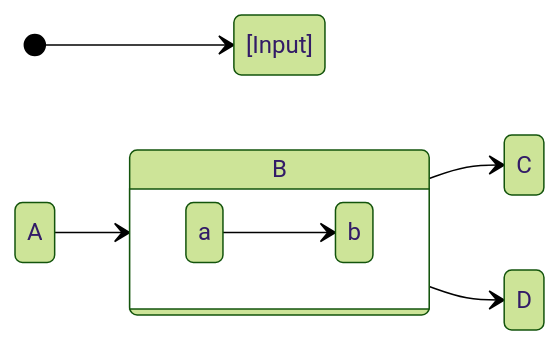
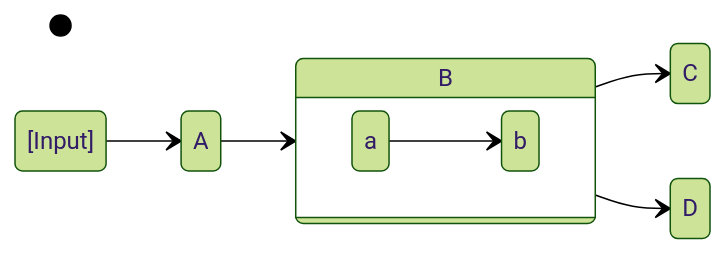
The third of 3 diagrams in plan/README.md (setrar/dsp), drawn with Mermaid (forest theme) before and after one commit.

````diff
--- a/plan/README.md
+++ b/plan/README.md
@@ -28,12 +28,12 @@
 ```mermaid
 stateDiagram
     direction LR
-    [*] -->[Input] A
+    [*][Input] --> A
     A --> B
     B --> C
     state B {
       direction LR
       a --> b
     }
     B --> D
 ```
````
